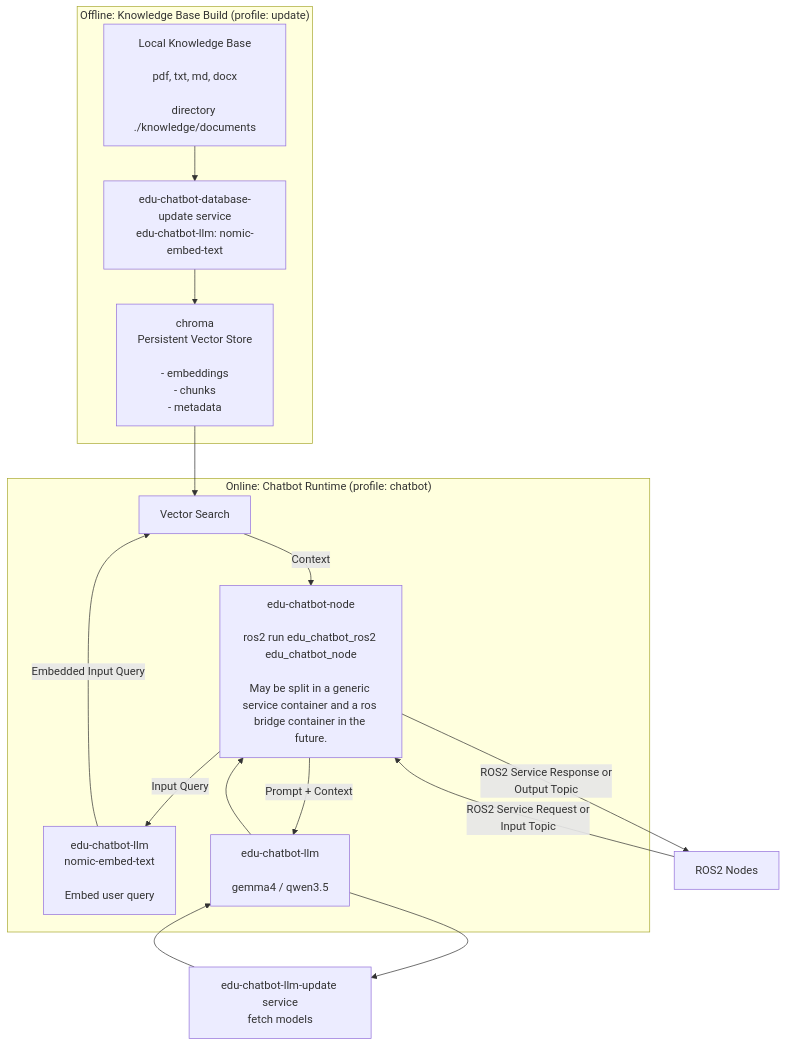
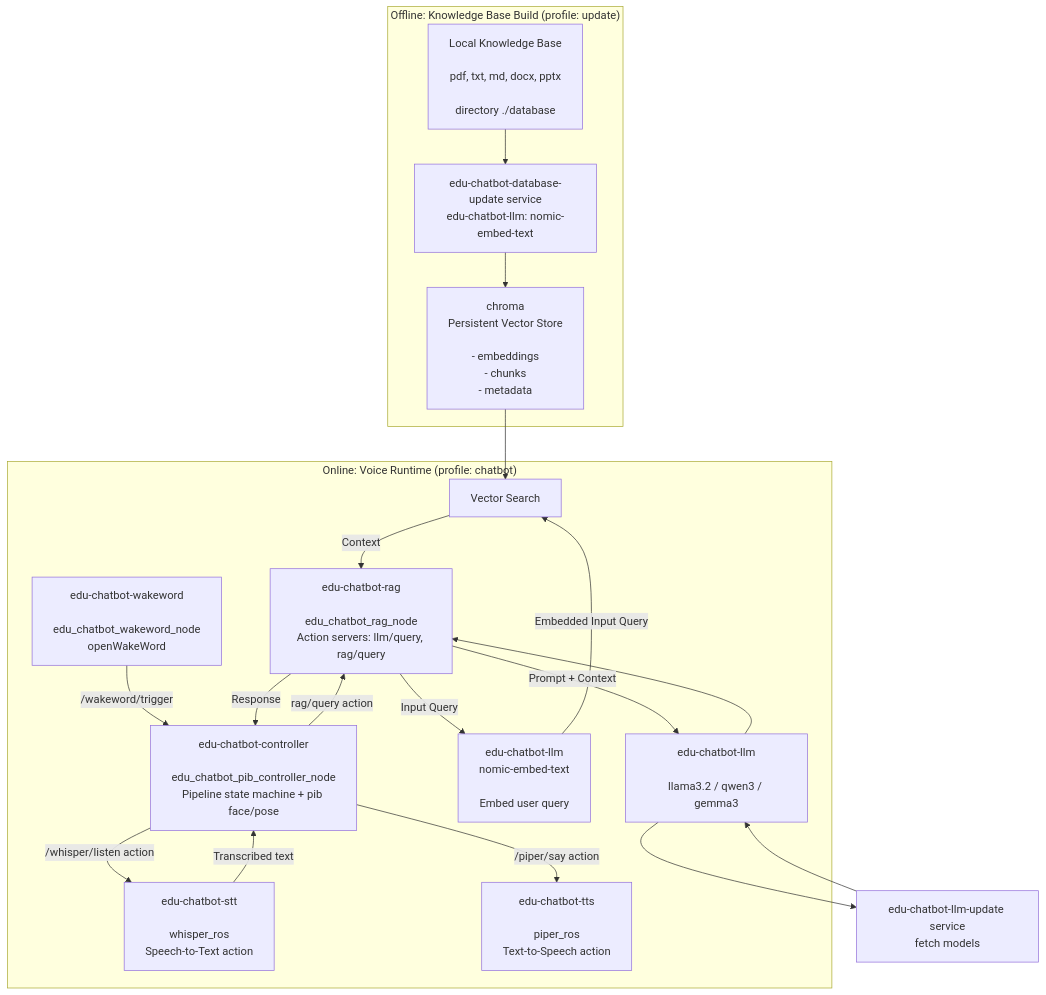
The first of 2 diagrams in README.md (EduArt-Robotik/edu_chatbot), drawn with Mermaid before and after one commit. The commit also changed other lines of this file, not shown here.

````diff
--- a/README.md
+++ b/README.md
@@ -16,64 +20,78 @@
 ```mermaid
 flowchart TB
 
 %% =========================
 %% Offline ingestion
 %% =========================
 
 subgraph OFFLINE["Offline: Knowledge Base Build (profile: update)"]
-    DOCS["Local Knowledge Base<br/><br/>pdf, txt, md, docx<br/><br/>directory ./knowledge/documents"]
+    DOCS["Local Knowledge Base<br/><br/>pdf, txt, md, docx, pptx<br/><br/>directory ./database"]
     
     EMBED["edu-chatbot-database-update service<br/>edu-chatbot-llm: nomic-embed-text"]
     
     CHROMA["chroma<br/>Persistent Vector Store<br/><br/>- embeddings<br/>- chunks<br/>- metadata"]
 
     DOCS -->  EMBED
     EMBED --> CHROMA
 end
 
 
 %% =========================
 %% Runtime system
 %% =========================
 
-ROS["ROS2 Nodes"]
 UPDATE["edu-chatbot-llm-update service<br/>fetch models"]
 
-subgraph RUNTIME["Online: Chatbot Runtime (profile: chatbot)"]
-   
+subgraph RUNTIME["Online: Voice Runtime (profile: chatbot)"]
 
-    CHATBOT["edu-chatbot-node<br/><br/>ros2 run edu_chatbot_ros2 edu_chatbot_node<br/><br/>May be split in a generic service container and a ros bridge container in the future."]
+    WAKE["edu-chatbot-wakeword<br/><br/>edu_chatbot_wakeword_node<br/>openWakeWord"]
+
+    STT["edu-chatbot-stt<br/><br/>whisper_ros<br/>Speech-to-Text action"]
+
+    CTRL["edu-chatbot-controller<br/><br/>edu_chatbot_pib_controller_node<br/>Pipeline state machine + pib face/pose"]
+
+    CHATBOT["edu-chatbot-rag<br/><br/>edu_chatbot_rag_node<br/>Action servers: llm/query, rag/query"]
 
     QEMBED["edu-chatbot-llm<br/>nomic-embed-text<br/><br/>Embed user query"]
 
     SEARCH["Vector Search"]
 
-    LLM["edu-chatbot-llm<br/><br/>gemma4 / qwen3.5"]
+    LLM["edu-chatbot-llm<br/><br/>llama3.2 / qwen3 / gemma3"]
+
+    TTS["edu-chatbot-tts<br/><br/>piper_ros<br/>Text-to-Speech action"]
 
 end
 
 
 %% =========================
 %% Runtime connections
 %% =========================
 
-ROS -->|"ROS2 Service Request or<br/>Input Topic"| CHATBOT
+WAKE -->|"/wakeword/trigger"| CTRL
+
+CTRL -->|"/whisper/listen action"| STT
+
+STT -->|"Transcribed text"| CTRL
+
+CTRL -->|"rag/query action"| CHATBOT
 
 CHATBOT -->|"Input Query"| QEMBED
 
 QEMBED -->|"Embedded Input Query"| SEARCH
 
 CHROMA --> SEARCH
 
 SEARCH -->|"Context"| CHATBOT
 
 CHATBOT -->|"Prompt + Context"| LLM
 
 LLM --> CHATBOT
 
-CHATBOT -->|"ROS2 Service Response or<br/>Output Topic"| ROS
+CHATBOT -->|"Response"| CTRL
+
+CTRL -->|"/piper/say action"| TTS
 
 LLM --> UPDATE
 
 UPDATE --> LLM
 ```
````
